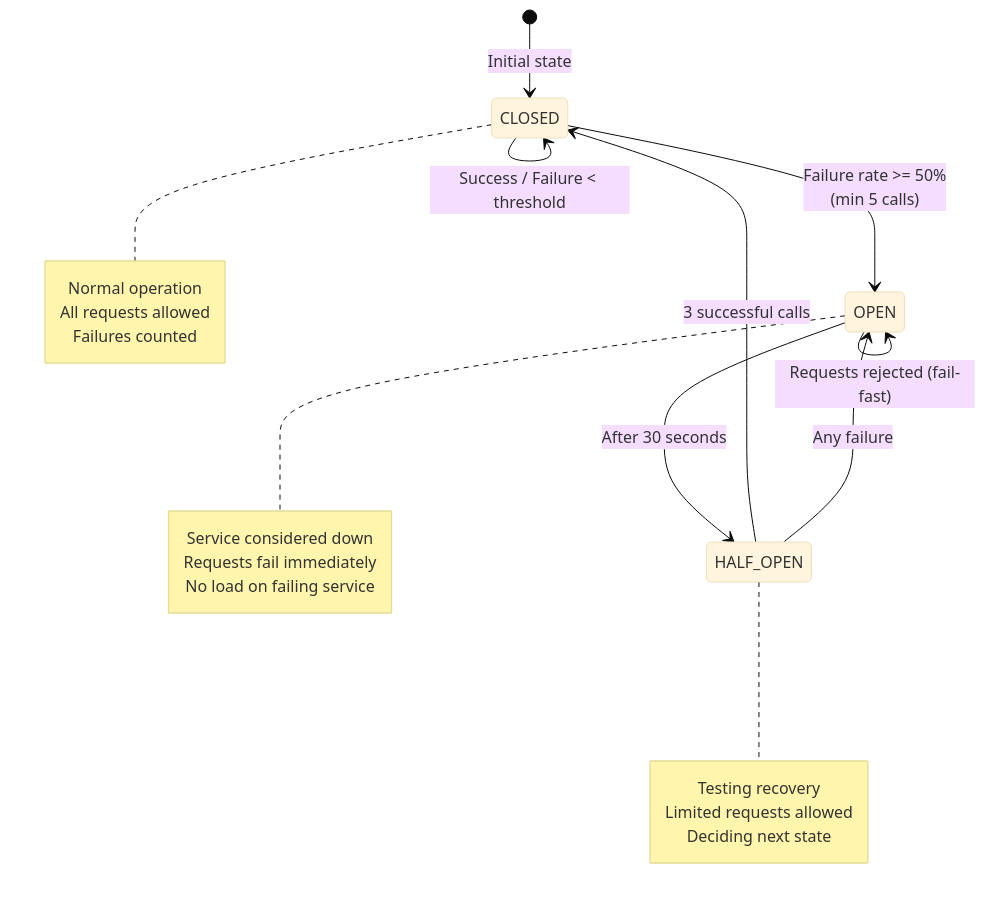
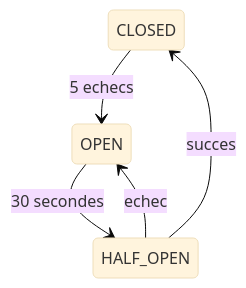
Before and after one commit to Myri23/CY_Land: the sixth of 7 diagrams in docs/ARCHITECTURE.md, drawn with Mermaid (base theme). The commit also changed other lines of this file, not shown here.

First line of the commit message:
Revise architecture documentation for CY Land

````diff
--- a/docs/ARCHITECTURE.md
+++ b/docs/ARCHITECTURE.md
@@ -560,31 +106,7 @@
 ```mermaid
 stateDiagram-v2
-    [*] --> CLOSED: Initial state
-    
-    CLOSED --> OPEN: Failure rate >= 50%<br/>(min 5 calls)
-    CLOSED --> CLOSED: Success / Failure < threshold
-    
-    OPEN --> HALF_OPEN: After 30 seconds
-    OPEN --> OPEN: Requests rejected (fail-fast)
-    
-    HALF_OPEN --> CLOSED: 3 successful calls
-    HALF_OPEN --> OPEN: Any failure
-    
-    note right of CLOSED
-        Normal operation
-        All requests allowed
-        Failures counted
-    end note
-    
-    note right of OPEN
-        Service considered down
-        Requests fail immediately
-        No load on failing service
-    end note
-    
-    note right of HALF_OPEN
-        Testing recovery
-        Limited requests allowed
-        Deciding next state
-    end note
+    CLOSED --> OPEN: 5 echecs
+    OPEN --> HALF_OPEN: 30 secondes
+    HALF_OPEN --> CLOSED: succes
+    HALF_OPEN --> OPEN: echec
 ```
````
